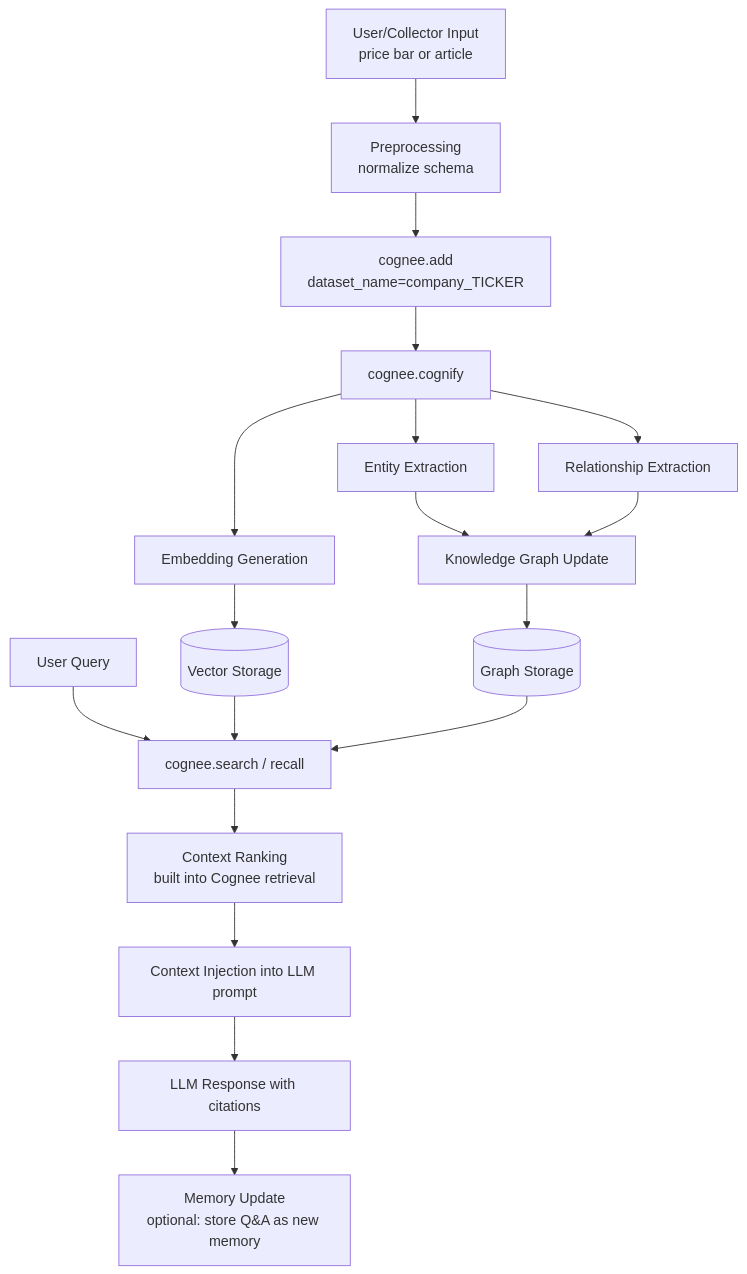
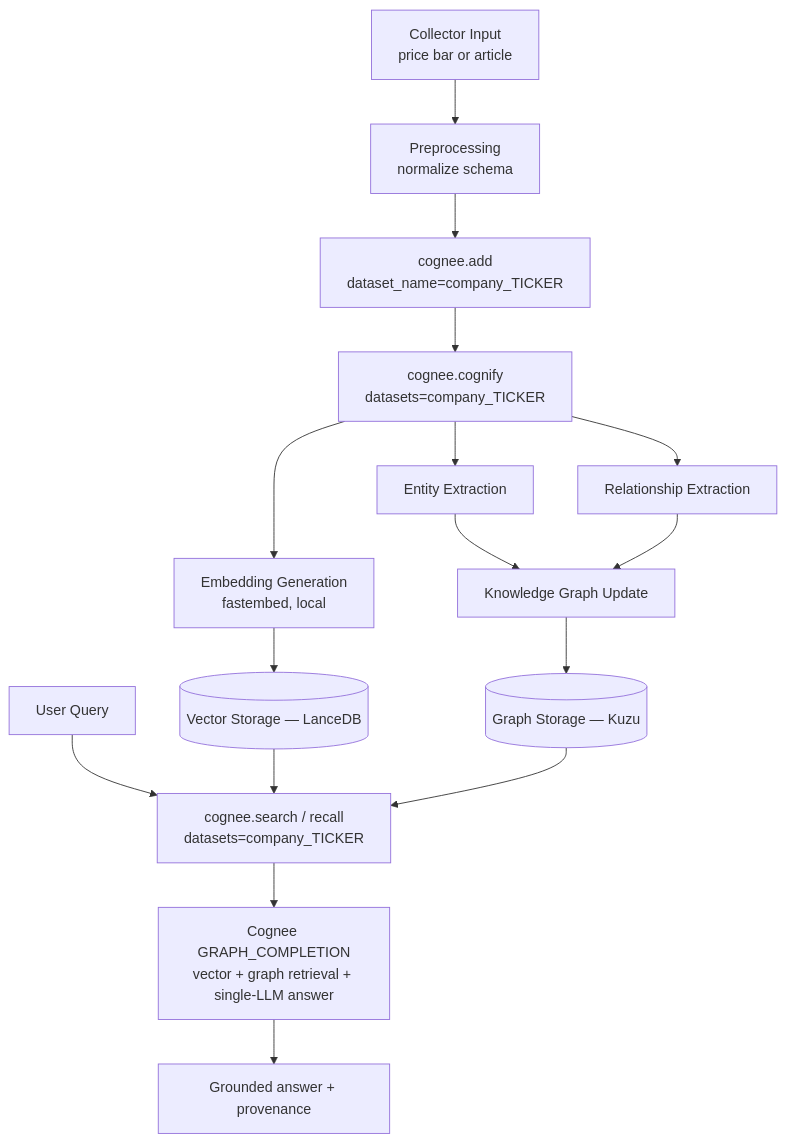
Before and after one commit to rahulm820/cognivest: the first of 3 diagrams in docs/memory-architecture.md, drawn with Mermaid. The commit also changed other lines of this file and 23 other files, not shown here.

````diff
--- a/docs/memory-architecture.md
+++ b/docs/memory-architecture.md
@@ -30,20 +46,18 @@
 ```mermaid
 flowchart TD
-    A[User/Collector Input<br/>price bar or article] --> B[Preprocessing<br/>normalize schema]
+    A[Collector Input<br/>price bar or article] --> B[Preprocessing<br/>normalize schema]
     B --> C[cognee.add<br/>dataset_name=company_TICKER]
-    C --> D[cognee.cognify]
+    C --> D[cognee.cognify<br/>datasets=company_TICKER]
     D --> E[Entity Extraction]
     D --> F[Relationship Extraction]
     E --> G[Knowledge Graph Update]
     F --> G
-    D --> H[Embedding Generation]
-    H --> I[(Vector Storage)]
-    G --> J[(Graph Storage)]
-    K[User Query] --> L[cognee.search / recall]
+    D --> H[Embedding Generation<br/>fastembed, local]
+    H --> I[(Vector Storage — LanceDB)]
+    G --> J[(Graph Storage — Kuzu)]
+    K[User Query] --> L[cognee.search / recall<br/>datasets=company_TICKER]
     I --> L
     J --> L
-    L --> M[Context Ranking<br/>built into Cognee retrieval]
-    M --> N[Context Injection into LLM prompt]
-    N --> O[LLM Response with citations]
-    O --> P[Memory Update<br/>optional: store Q&A as new memory]
+    L --> M[Cognee GRAPH_COMPLETION<br/>vector + graph retrieval + single-LLM answer]
+    M --> N[Grounded answer + provenance]
 ```
````
